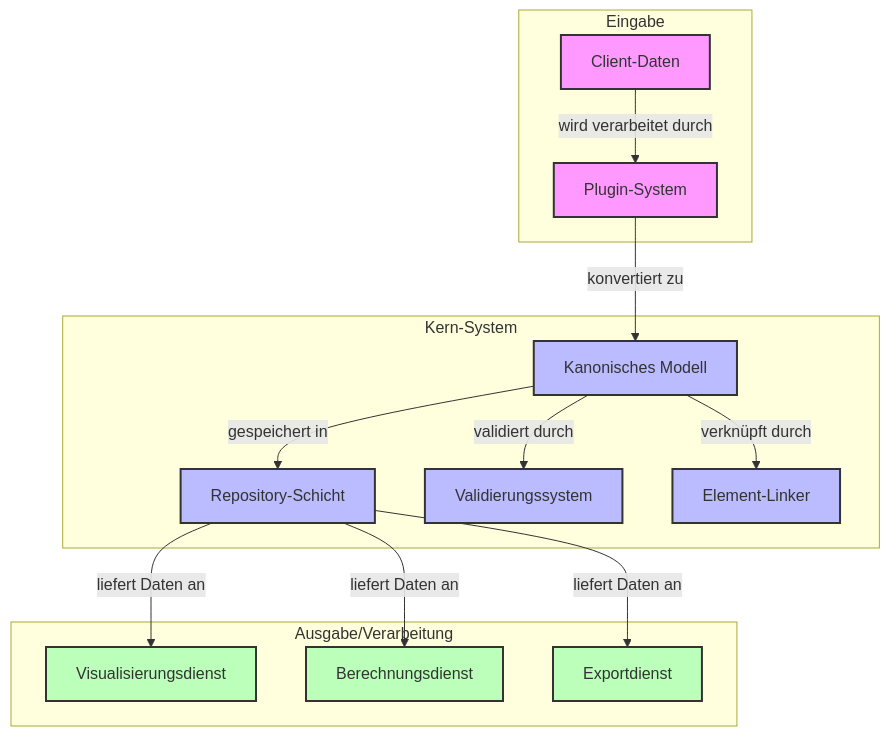
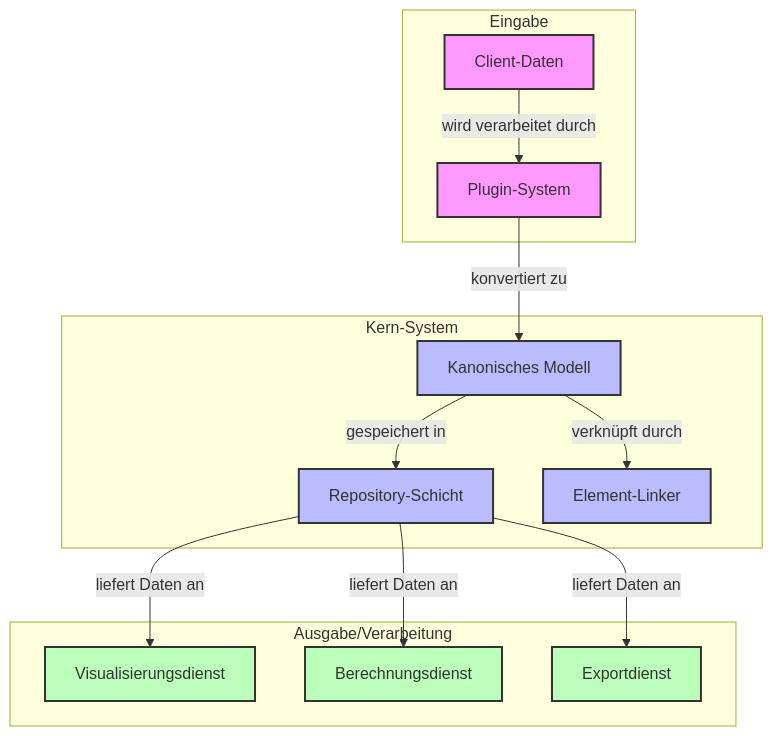
The diagram in docs/architecture.md (eraschle/pyarm), drawn with Mermaid before and after one commit. The commit also changed other lines of this file and 42 other files, not shown here.

````diff
--- a/docs/architecture.md
+++ b/docs/architecture.md
@@ -9,39 +9,37 @@
 ```mermaid
 graph TD
     subgraph "Eingabe"
         ClientData[Client-Daten]
         PluginSystem[Plugin-System]
     end
     
     subgraph "Kern-System"
         CanonicalModel[Kanonisches Modell]
         RepositoryLayer[Repository-Schicht]
-        ValidationSystem[Validierungssystem]
         ElementLinker[Element-Linker]
     end
     
     subgraph "Ausgabe/Verarbeitung"
         VisualizationService[Visualisierungsdienst]
         CalculationService[Berechnungsdienst]
         ExportService[Exportdienst]
     end
     
     %% Verbindungen
     ClientData -->|wird verarbeitet durch| PluginSystem
     PluginSystem -->|konvertiert zu| CanonicalModel
-    CanonicalModel -->|validiert durch| ValidationSystem
     CanonicalModel -->|verknüpft durch| ElementLinker
     CanonicalModel -->|gespeichert in| RepositoryLayer
     RepositoryLayer -->|liefert Daten an| VisualizationService
     RepositoryLayer -->|liefert Daten an| CalculationService
     RepositoryLayer -->|liefert Daten an| ExportService
     
     %% Stile
     classDef clientPart fill:#f9f,stroke:#333,stroke-width:2px;
     classDef corePart fill:#bbf,stroke:#333,stroke-width:2px;
     classDef servicePart fill:#bfb,stroke:#333,stroke-width:2px;
     
     class ClientData,PluginSystem clientPart;
-    class CanonicalModel,RepositoryLayer,ValidationSystem,ElementLinker corePart;
+    class CanonicalModel,RepositoryLayer,ElementLinker corePart;
     class VisualizationService,CalculationService,ExportService servicePart;
 ```
````
